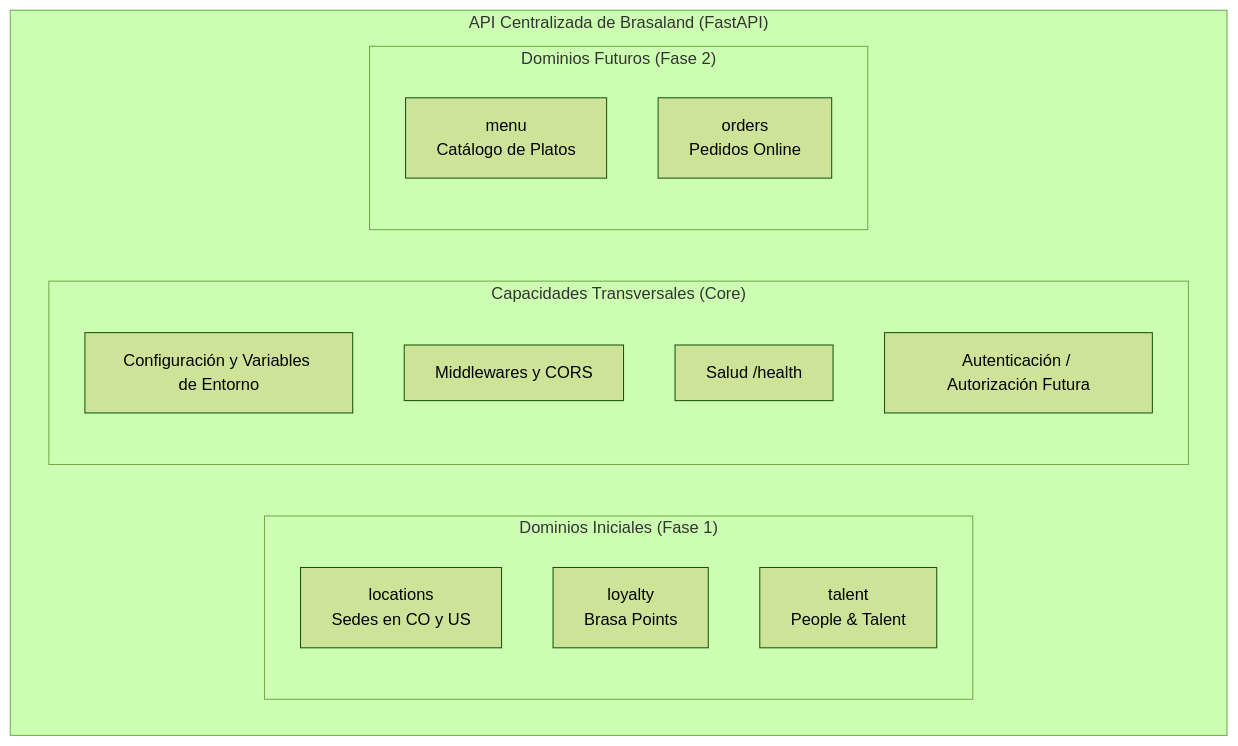
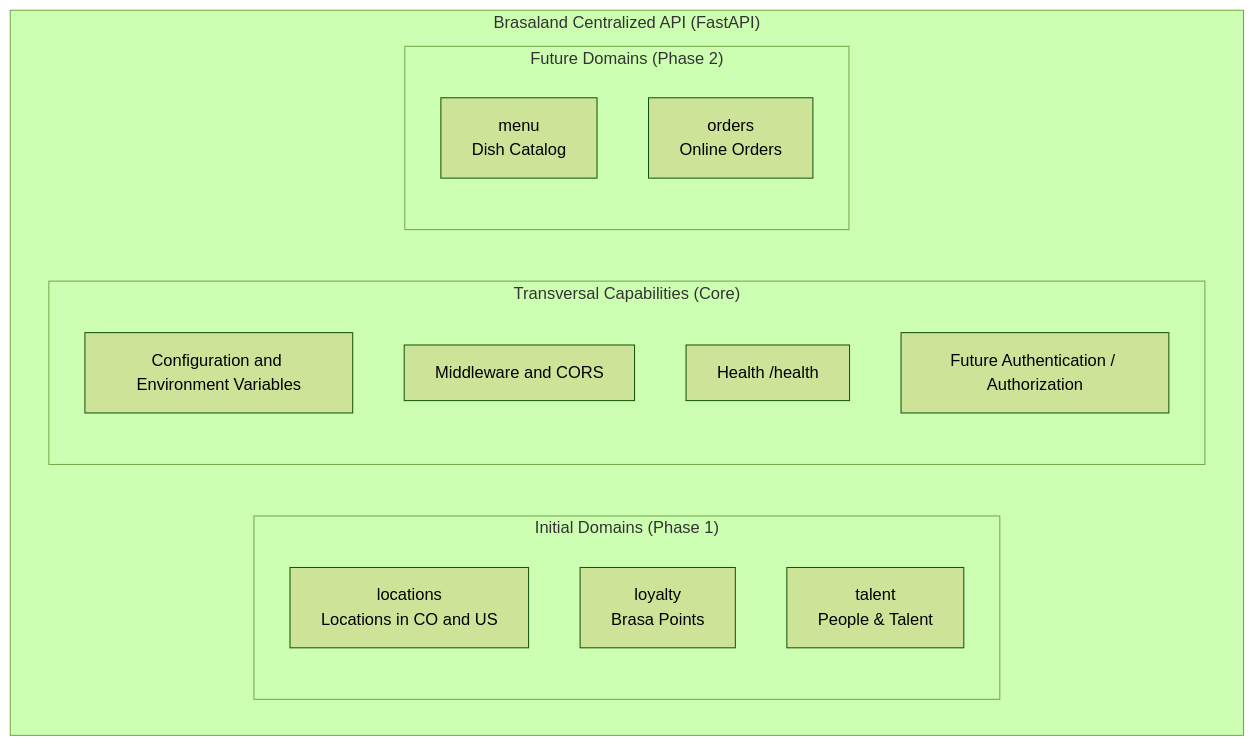
Before and after one commit to 4GeeksAcademy/Monkeyjp-AI-Engineering-company: the first of 2 diagrams in docs/ARCHITECTURE_PROPOSAL.md, drawn with Mermaid (forest theme). The commit also changed other lines of this file, not shown here.

Commit message:
docs: add backend architecture proposal

````diff
--- a/docs/ARCHITECTURE_PROPOSAL.md
+++ b/docs/ARCHITECTURE_PROPOSAL.md
@@ -130,20 +130,20 @@
 ```mermaid
 graph TD
-    subgraph "API Centralizada de Brasaland (FastAPI)"
-        subgraph "Dominios Iniciales (Fase 1)"
-            D1[locations<br/>Sedes en CO y US]
+    subgraph "Brasaland Centralized API (FastAPI)"
+        subgraph "Initial Domains (Phase 1)"
+            D1[locations<br/>Locations in CO and US]
             D2[loyalty<br/>Brasa Points]
             D3[talent<br/>People & Talent]
         end
-        subgraph "Capacidades Transversales (Core)"
-            C1[Configuración y Variables de Entorno]
-            C2[Middlewares y CORS]
-            C3[Salud /health]
-            C4[Autenticación / Autorización Futura]
+        subgraph "Transversal Capabilities (Core)"
+            C1[Configuration and Environment Variables]
+            C2[Middleware and CORS]
+            C3[Health /health]
+            C4[Future Authentication / Authorization]
         end
-        subgraph "Dominios Futuros (Fase 2)"
-            F1[menu<br/>Catálogo de Platos]
-            F2[orders<br/>Pedidos Online]
+        subgraph "Future Domains (Phase 2)"
+            F1[menu<br/>Dish Catalog]
+            F2[orders<br/>Online Orders]
         end
     end
 ```
````
